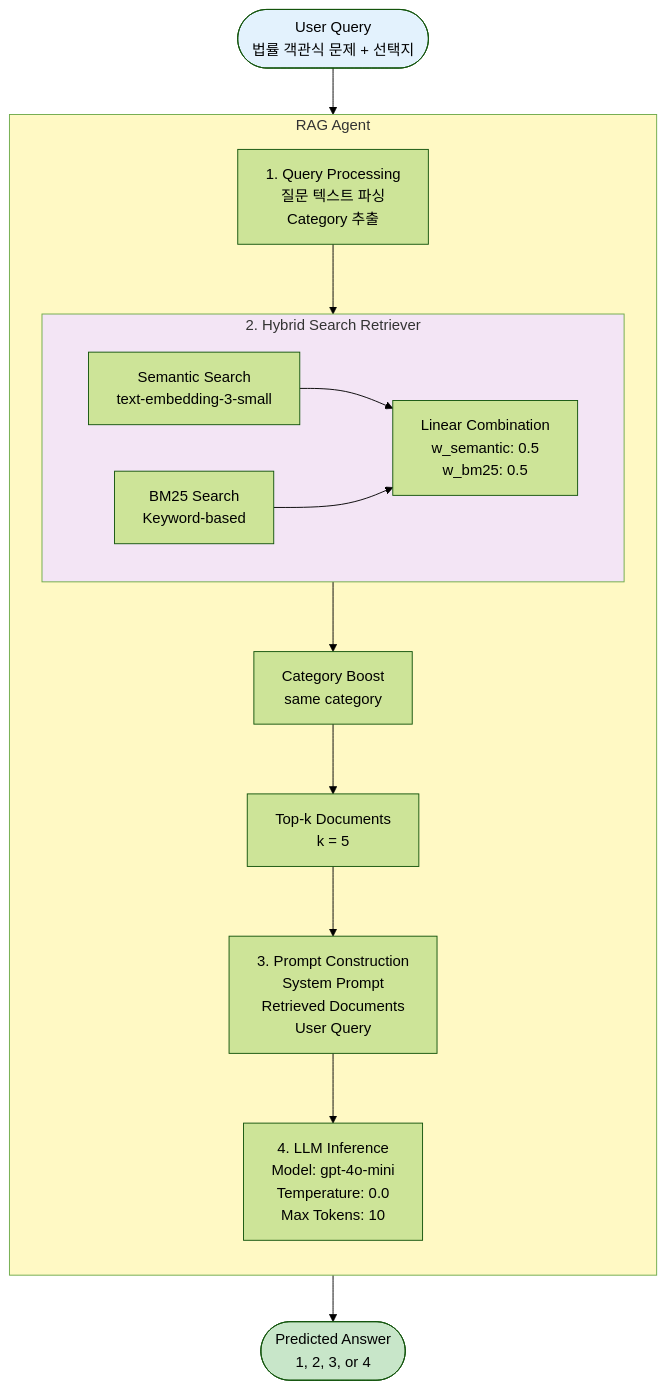
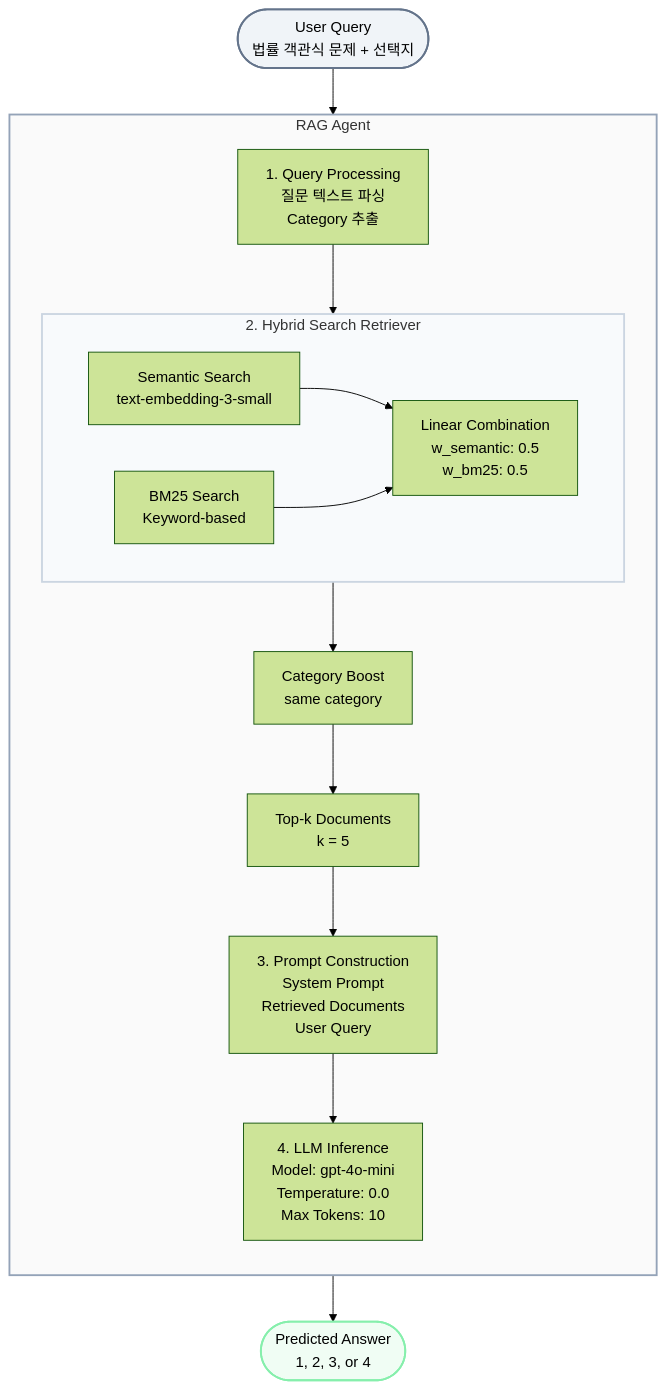
One commit to ShinWon-Chul/ai-assignment changed the diagram in README.md. Above: the diagram before and after it, drawn with Mermaid (forest theme).

Commit message:
ai-assignment

````diff
--- a/README.md
+++ b/README.md
@@ -29,37 +29,37 @@
 ```mermaid
 flowchart TD
     Start([User Query<br/>법률 객관식 문제 + 선택지])
 
     Start --> Agent
 
     subgraph Agent[RAG Agent]
         direction TB
 
         Step1[1. Query Processing<br/>질문 텍스트 파싱<br/>Category 추출]
 
         subgraph Retriever[2. Hybrid Search Retriever]
             direction LR
             Semantic[Semantic Search<br/>text-embedding-3-small]
             BM25[BM25 Search<br/>Keyword-based]
 
             Semantic --> Combine
             BM25 --> Combine
             Combine[Linear Combination<br/>w_semantic: 0.5<br/>w_bm25: 0.5]
         end
 
         Step1 --> Retriever
         Retriever --> Boost[Category Boost<br/>same category]
         Boost --> TopK[Top-k Documents<br/>k = 5]
 
         TopK --> Step3[3. Prompt Construction<br/>System Prompt<br/>Retrieved Documents<br/>User Query]
 
         Step3 --> Step4[4. LLM Inference<br/>Model: gpt-4o-mini<br/>Temperature: 0.0<br/>Max Tokens: 10]
     end
 
     Agent --> End([Predicted Answer<br/>1, 2, 3, or 4])
 
-    style Start fill:#e3f2fd
-    style Agent fill:#fff9c4
-    style Retriever fill:#f3e5f5
-    style End fill:#c8e6c9
+    style Start fill:#f0f4f8,stroke:#64748b,stroke-width:2px
+    style Agent fill:#fafafa,stroke:#94a3b8,stroke-width:2px
+    style Retriever fill:#f8fafc,stroke:#cbd5e1,stroke-width:2px
+    style End fill:#f0fdf4,stroke:#86efac,stroke-width:2px
 ```
````
